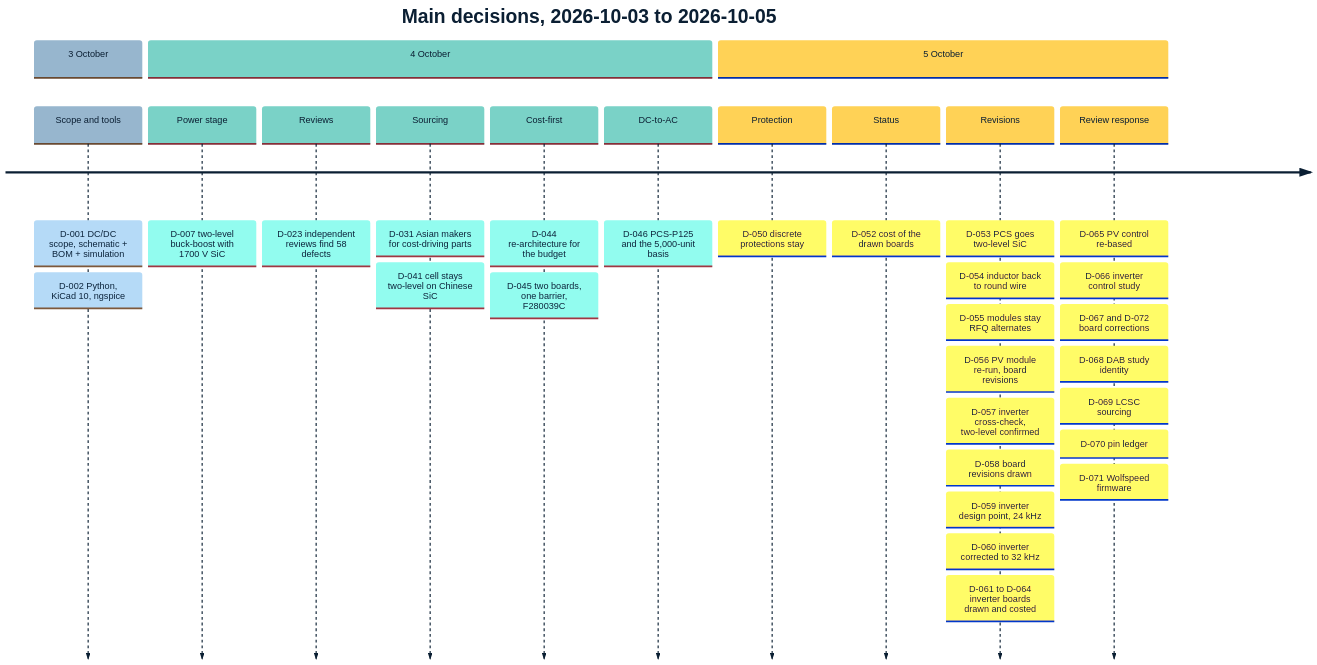
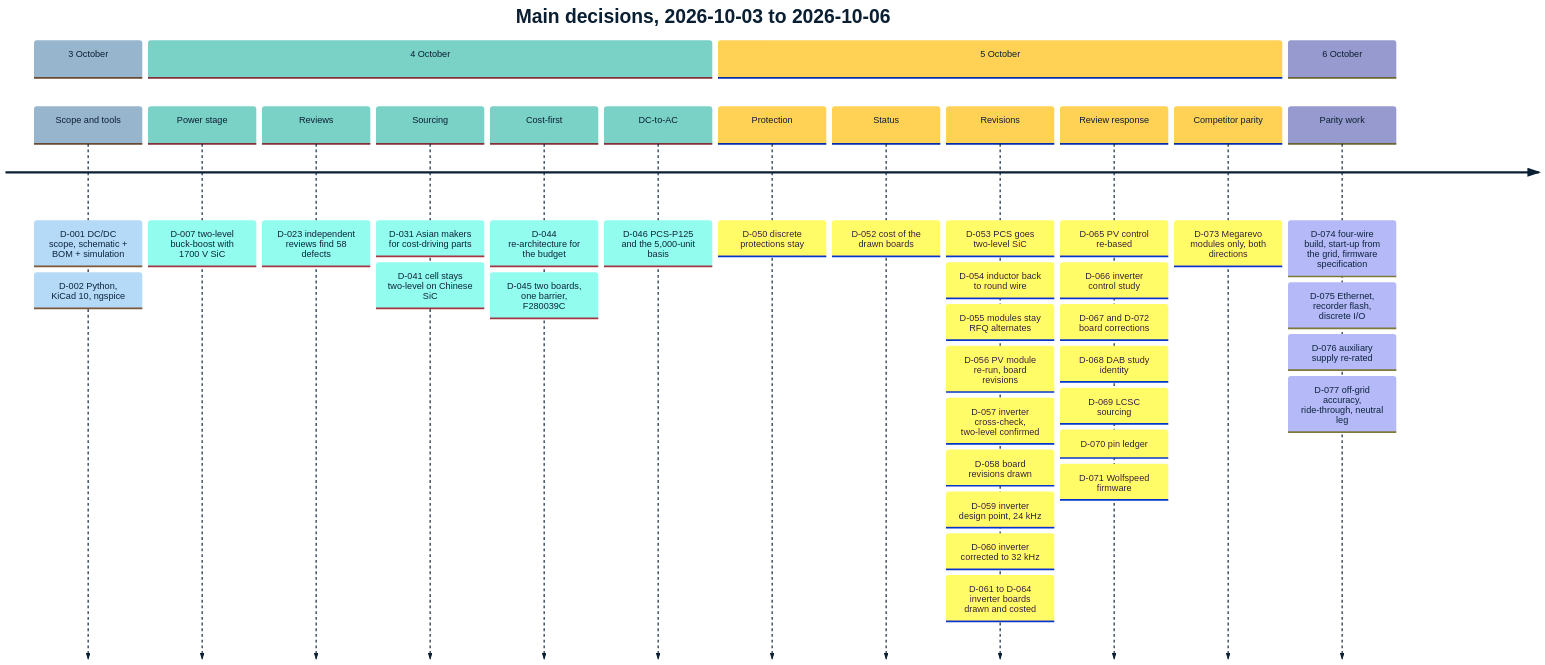
One commit to vectivolt/PCM changed the second of 2 diagrams in docs/guide/01-overview.md. Above: the diagram before and after it, drawn with Mermaid. The commit also changed other lines of this file and 292 other files, not shown here.

````diff
--- a/docs/guide/01-overview.md
+++ b/docs/guide/01-overview.md
@@ -83,18 +83,21 @@
 ```mermaid
 %%{init: {"theme": "base", "themeVariables": {"primaryColor": "#EEF3F7", "primaryBorderColor": "#0B1F33", "primaryTextColor": "#0B1F33", "lineColor": "#5B6B7A", "secondaryColor": "#D9F2EF", "tertiaryColor": "#FFF4D6", "fontFamily": "Inter, Helvetica, Arial, sans-serif"}}}%%
 timeline
-    title Main decisions, 2026-10-03 to 2026-10-05
+    title Main decisions, 2026-10-03 to 2026-10-06
     section 3 October
         Scope and tools : D-001 DC/DC scope, schematic + BOM + simulation : D-002 Python, KiCad 10, ngspice
     section 4 October
         Power stage : D-007 two-level buck-boost with 1700 V SiC
         Reviews : D-023 independent reviews find 58 defects
         Sourcing : D-031 Asian makers for cost-driving parts : D-041 cell stays two-level on Chinese SiC
         Cost-first : D-044 re-architecture for the budget : D-045 two boards, one barrier, F280039C
         DC-to-AC : D-046 PCS-P125 and the 5,000-unit basis
     section 5 October
         Protection : D-050 discrete protections stay
         Status : D-052 cost of the drawn boards
         Revisions : D-053 PCS goes two-level SiC : D-054 inductor back to round wire : D-055 modules stay RFQ alternates : D-056 PV module re-run, board revisions : D-057 inverter cross-check, two-level confirmed : D-058 board revisions drawn : D-059 inverter design point, 24 kHz : D-060 inverter corrected to 32 kHz : D-061 to D-064 inverter boards drawn and costed
         Review response : D-065 PV control re-based : D-066 inverter control study : D-067 and D-072 board corrections : D-068 DAB study identity : D-069 LCSC sourcing : D-070 pin ledger : D-071 Wolfspeed firmware
+        Competitor parity : D-073 Megarevo modules only, both directions
+    section 6 October
+        Parity work : D-074 four-wire build, start-up from the grid, firmware specification : D-075 Ethernet, recorder flash, discrete I/O : D-076 auxiliary supply re-rated : D-077 off-grid accuracy, ride-through, neutral leg
 ```
````
